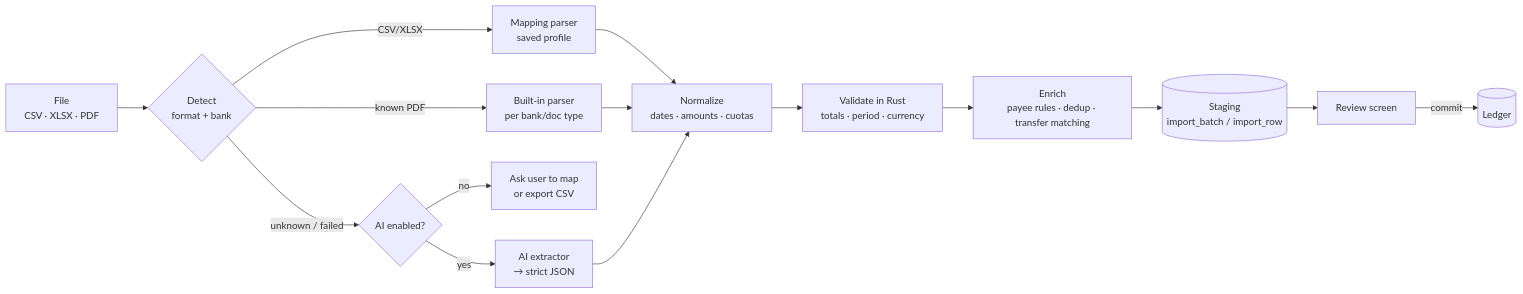
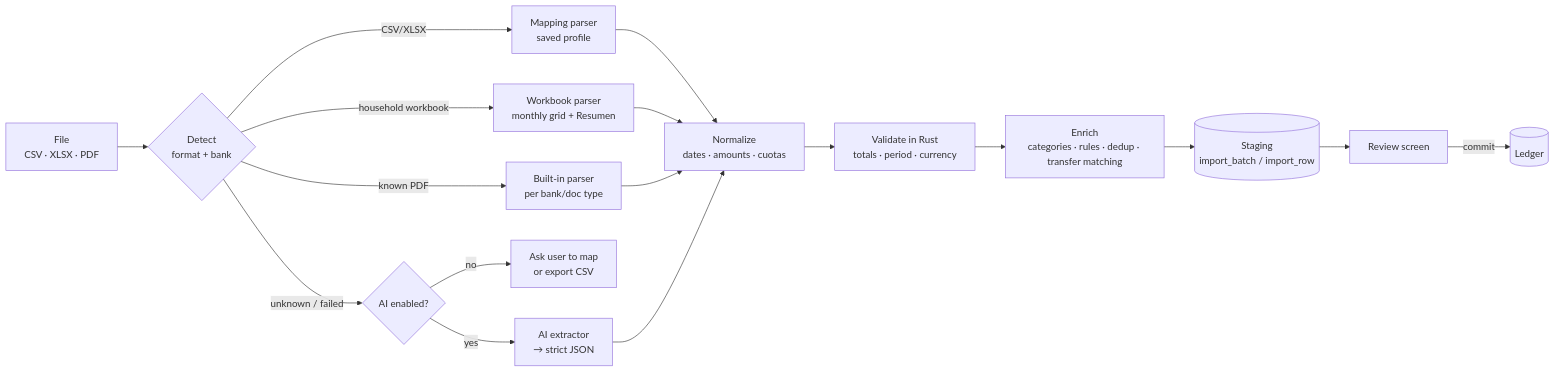
One commit to izentenosmith/mr-krabs changed the diagram in docs/06-statement-ingestion.md. Above: the diagram before and after it, drawn with Mermaid. The commit also changed other lines of this file and 6 other files, not shown here.

````diff
--- a/docs/06-statement-ingestion.md
+++ b/docs/06-statement-ingestion.md
@@ -7,15 +7,16 @@
 ```mermaid
 flowchart LR
     F[File<br/>CSV · XLSX · PDF] --> D{Detect<br/>format + bank}
     D -->|CSV/XLSX| M[Mapping parser<br/>saved profile]
+    D -->|household workbook| W[Workbook parser<br/>monthly grid + Resumen]
     D -->|known PDF| B[Built-in parser<br/>per bank/doc type]
     D -->|unknown / failed| Q{AI enabled?}
     Q -->|no| U[Ask user to map<br/>or export CSV]
     Q -->|yes| A[AI extractor<br/>→ strict JSON]
-    M & B & A --> N[Normalize<br/>dates · amounts · cuotas]
+    M & W & B & A --> N[Normalize<br/>dates · amounts · cuotas]
     N --> V[Validate in Rust<br/>totals · period · currency]
-    V --> R[Enrich<br/>payee rules · dedup · transfer matching]
+    V --> R[Enrich<br/>categories · rules · dedup · transfer matching]
     R --> S[(Staging<br/>import_batch / import_row)]
     S --> UI[Review screen]
     UI -->|commit| L[(Ledger)]
 ```
````
